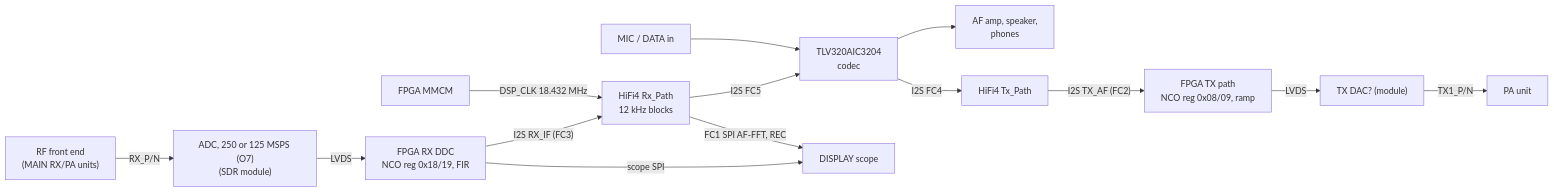
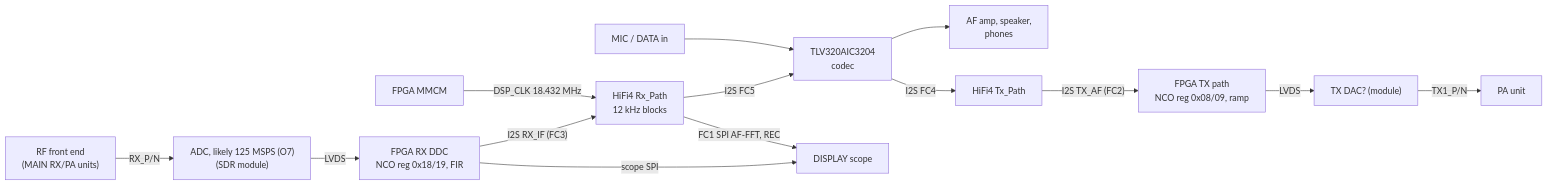
The third of 14 diagrams in docs/code/system.md (Reid-n0rc/FT-710_Firmware), drawn with Mermaid before and after one commit. The commit also changed other lines of this file and 5 other files, not shown here.

First line of the commit message:
O7: 125 MSPS is the most likely ADC rate (p6 'Divide 250MHz by 2' + MAIN's 62.5 MHz fs/2 boundary)

````diff
--- a/docs/code/system.md
+++ b/docs/code/system.md
@@ -114,16 +114,16 @@
 ```mermaid
 flowchart LR
-  ANT["RF front end<br/>(MAIN RX/PA units)"] -->|"RX_P/N"| ADC["ADC, 250 or 125 MSPS (O7)<br/>(SDR module)"]
+  ANT["RF front end<br/>(MAIN RX/PA units)"] -->|"RX_P/N"| ADC["ADC, likely 125 MSPS (O7)<br/>(SDR module)"]
   ADC -->|LVDS| DDC["FPGA RX DDC<br/>NCO reg 0x18/19, FIR"]
   DDC -->|"I2S RX_IF (FC3)"| RXP["HiFi4 Rx_Path<br/>12 kHz blocks"]
   RXP -->|"I2S FC5"| COD["TLV320AIC3204<br/>codec"]
   COD --> SPK["AF amp, speaker,<br/>phones"]
   MIC["MIC / DATA in"] --> COD
   COD -->|"I2S FC4"| TXP["HiFi4 Tx_Path"]
   TXP -->|"I2S TX_AF (FC2)"| TXF["FPGA TX path<br/>NCO reg 0x08/09, ramp"]
   TXF -->|LVDS| DAC["TX DAC? (module)"]
   DAC -->|"TX1_P/N"| PA["PA unit"]
   F2["FPGA MMCM"] -->|"DSP_CLK 18.432 MHz"| RXP
   DDC -->|"scope SPI"| DISP["DISPLAY scope"]
   RXP -->|"FC1 SPI AF-FFT, REC"| DISP
 ```
````
